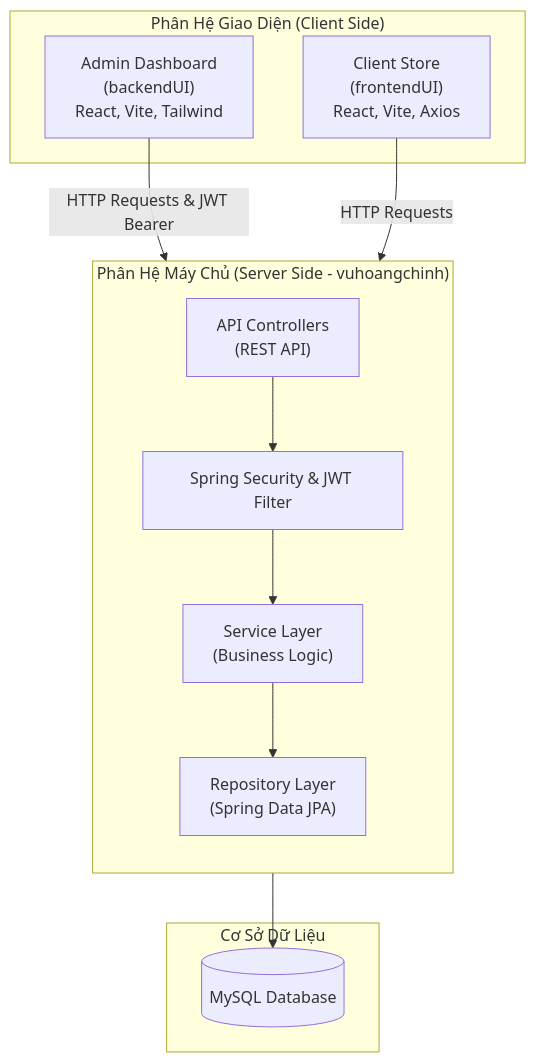
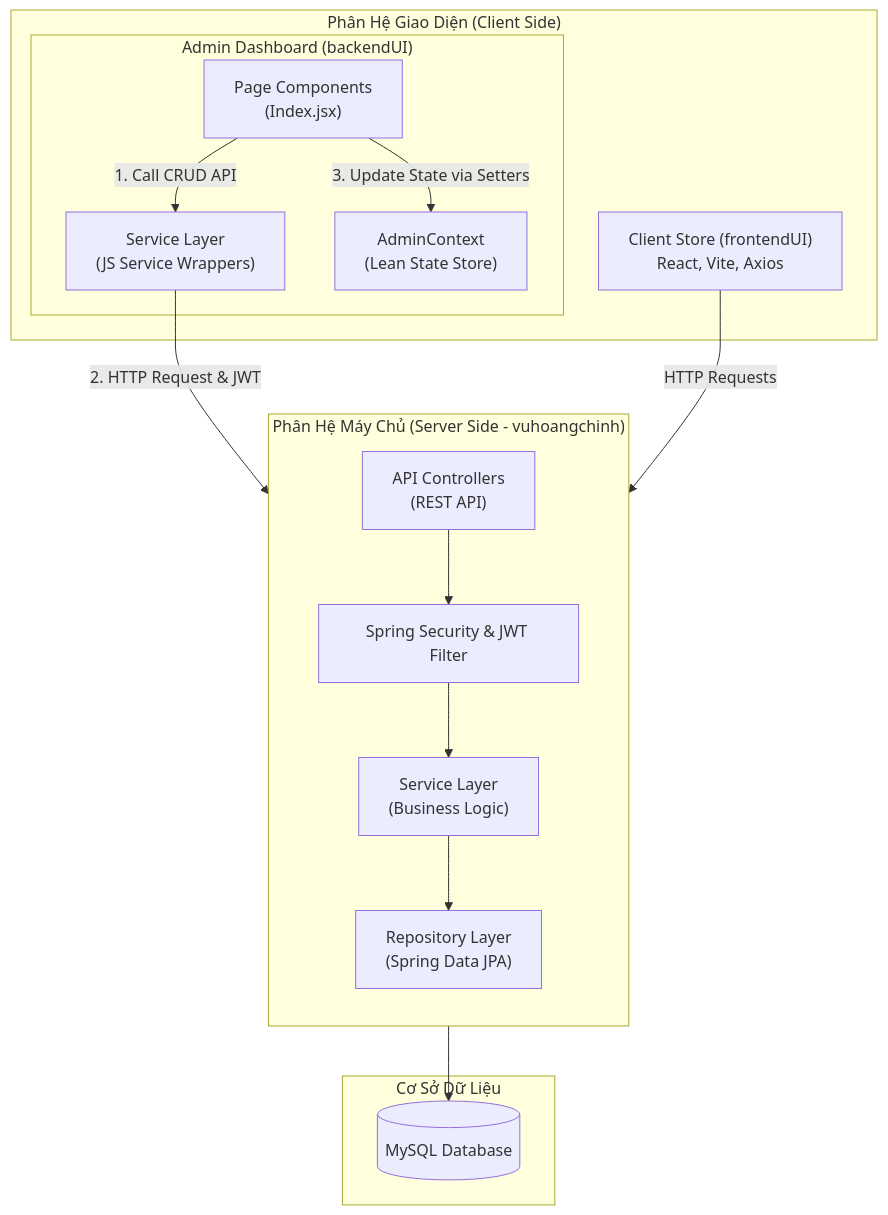
The first of 2 diagrams in README.md (VuHoangChinh222/Web-2), drawn with Mermaid before and after one commit. The commit also changed other lines of this file and 135 other files, not shown here.

````diff
--- a/README.md
+++ b/README.md
@@ -18,27 +18,33 @@
 ```mermaid
 graph TD
     subgraph Clients ["Phân Hệ Giao Diện (Client Side)"]
-        A["Admin Dashboard<br/>(backendUI)<br/>React, Vite, Tailwind"]
-        B["Client Store<br/>(frontendUI)<br/>React, Vite, Axios"]
+        subgraph AdminUI ["Admin Dashboard (backendUI)"]
+            A["Page Components<br/>(Index.jsx)"]
+            AS["Service Layer<br/>(JS Service Wrappers)"]
+            AC["AdminContext<br/>(Lean State Store)"]
+            A -->|1. Call CRUD API| AS
+            A -->|3. Update State via Setters| AC
+        end
+        B["Client Store (frontendUI)<br/>React, Vite, Axios"]
     end
 
     subgraph Service ["Phân Hệ Máy Chủ (Server Side - vuhoangchinh)"]
         direction TB
         C["API Controllers<br/>(REST API)"]
         D["Spring Security & JWT Filter"]
         E["Service Layer<br/>(Business Logic)"]
         F["Repository Layer<br/>(Spring Data JPA)"]
         
         C --> D
         D --> E
         E --> F
     end
 
     subgraph Database ["Cơ Sở Dữ Liệu"]
         G[("MySQL Database")]
     end
 
-    A -- "HTTP Requests & JWT Bearer" --> C
+    AS -- "2. HTTP Request & JWT" --> C
     B -- "HTTP Requests" --> C
     F --> G
 ```
````
